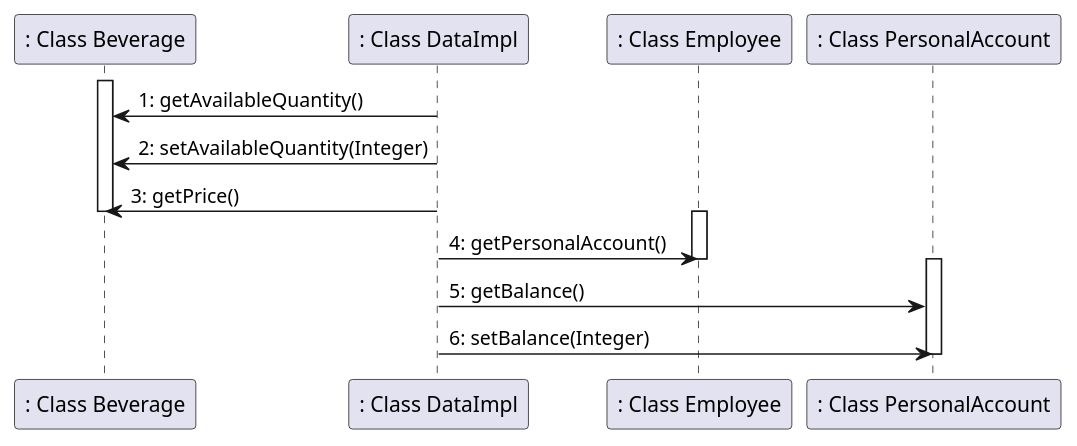
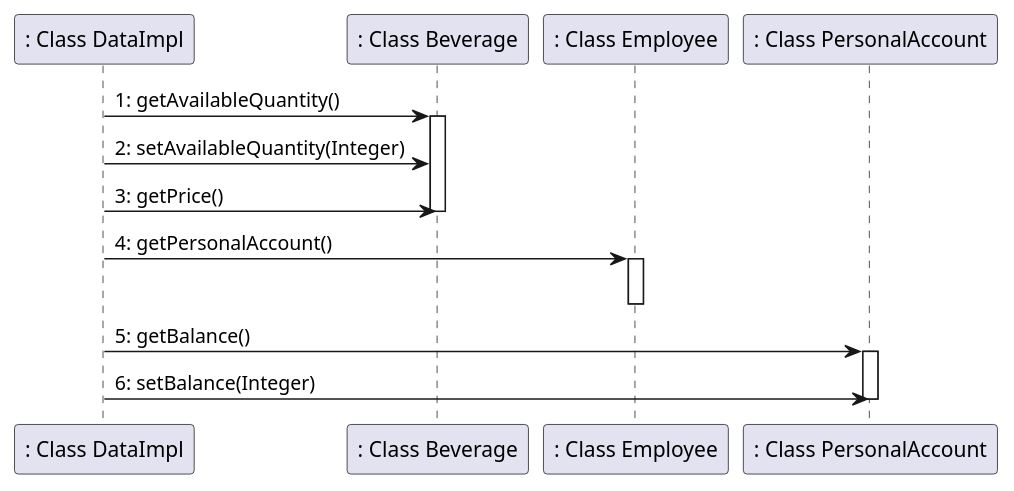
The sixth of 7 diagrams in templates/DesignDocumentTemplate.md (salvatore-dimartino/LaTazza), drawn with PlantUML before and after one commit. The commit also changed other lines of this file, not shown here.

````diff
--- a/templates/DesignDocumentTemplate.md
+++ b/templates/DesignDocumentTemplate.md
@@ -438,14 +438,14 @@
 ```plantuml
+": Class DataImpl" -> ": Class Beverage": 1: getAvailableQuantity()
 activate ": Class Beverage"
-": Class DataImpl" -> ": Class Beverage": 1: getAvailableQuantity()
 ": Class DataImpl" -> ": Class Beverage": 2: setAvailableQuantity(Integer)
 ": Class DataImpl" -> ": Class Beverage": 3: getPrice()
 deactivate ": Class Beverage"
+": Class DataImpl" -> ": Class Employee": 4: getPersonalAccount()
 activate ": Class Employee"
-": Class DataImpl" -> ": Class Employee": 4: getPersonalAccount()
 deactivate ": Class Employee"
+": Class DataImpl" -> ": Class PersonalAccount": 5: getBalance()
 activate ": Class PersonalAccount"
-": Class DataImpl" -> ": Class PersonalAccount": 5: getBalance()
 ": Class DataImpl" -> ": Class PersonalAccount": 6: setBalance(Integer)
 deactivate ": Class PersonalAccount"
 ```
````
